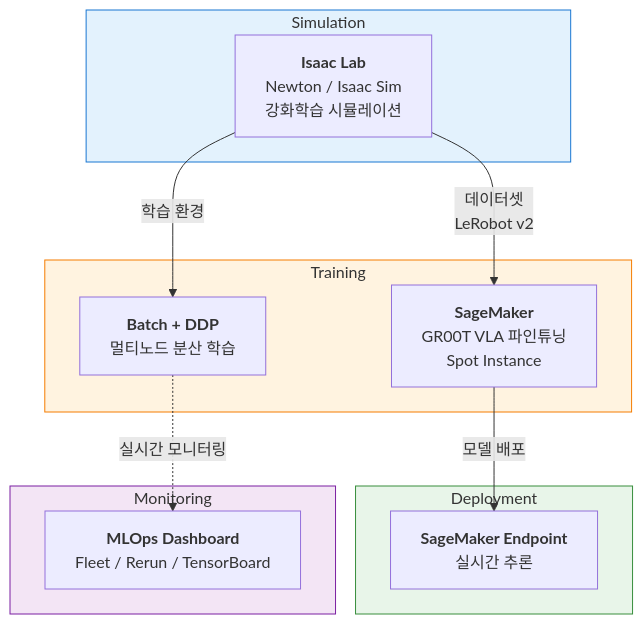
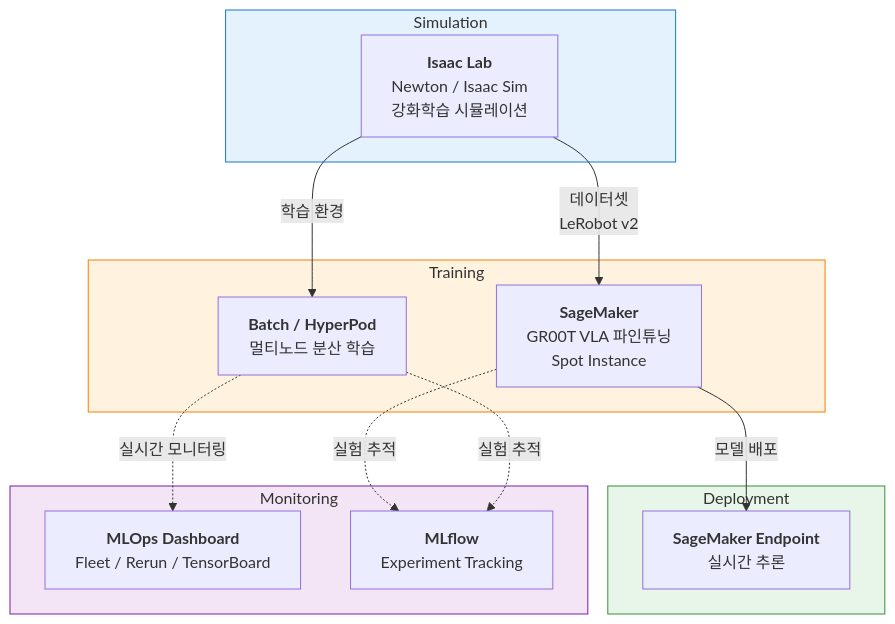
Before and after one commit to hi-space/aws-physical-ai-recipes: the diagram in README.md, drawn with Mermaid. The commit also changed other lines of this file and 378 other files, not shown here.

````diff
--- a/README.md
+++ b/README.md
@@ -45,29 +57,32 @@
 ```mermaid
 graph TB
     subgraph SIM ["Simulation"]
         A["<b>Isaac Lab</b><br/>Newton / Isaac Sim<br/>강화학습 시뮬레이션"]
     end
 
     subgraph TRAIN ["Training"]
         B["<b>SageMaker</b><br/>GR00T VLA 파인튜닝<br/>Spot Instance"]
-        C["<b>Batch + DDP</b><br/>멀티노드 분산 학습"]
+        C["<b>Batch / HyperPod</b><br/>멀티노드 분산 학습"]
     end
 
     subgraph DEPLOY ["Deployment"]
         D["<b>SageMaker Endpoint</b><br/>실시간 추론"]
     end
 
     subgraph MONITOR ["Monitoring"]
         E["<b>MLOps Dashboard</b><br/>Fleet / Rerun / TensorBoard"]
+        F["<b>MLflow</b><br/>Experiment Tracking"]
     end
 
     A -->|"데이터셋<br/>LeRobot v2"| B
     A -->|"학습 환경"| C
     B -->|"모델 배포"| D
     C -.->|"실시간 모니터링"| E
+    B -.->|"실험 추적"| F
+    C -.->|"실험 추적"| F
 
     style SIM fill:#e3f2fd,stroke:#1976d2,color:#333
     style TRAIN fill:#fff3e0,stroke:#f57c00,color:#333
     style DEPLOY fill:#e8f5e9,stroke:#388e3c,color:#333
     style MONITOR fill:#f3e5f5,stroke:#7b1fa2,color:#333
 ```
````
